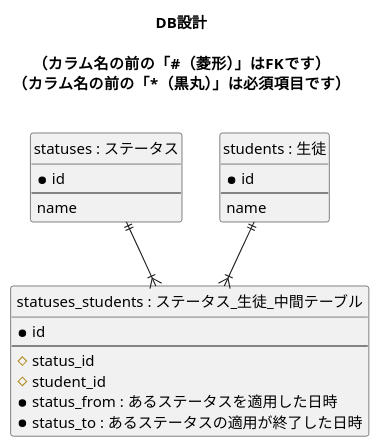
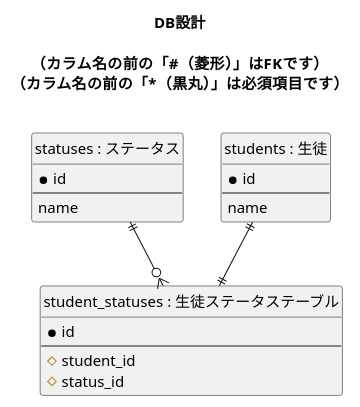
Before and after one commit to praha-inc/praha-challenge-7: the diagram in RSnHzWhxTB705z/works/01_database_design/11_anti_pattern6/er_diagram.puml, drawn with PlantUML. The commit also changed 1 other file, not shown here.

```diff
--- a/RSnHzWhxTB705z/works/01_database_design/11_anti_pattern6/er_diagram.puml
+++ b/RSnHzWhxTB705z/works/01_database_design/11_anti_pattern6/er_diagram.puml
@@ -1,38 +1,36 @@
 @startuml
 
 ' hide the spot
 hide circle
 
 title
 DB設計
 
 （カラム名の前の「#（菱形）」はFKです）
 （カラム名の前の「*（黒丸）」は必須項目です）
 
 endtitle
 
 entity "statuses : ステータス" as statuses {
   *id
   --
   name
 }
 
 entity "students : 生徒" as students {
   *id
   --
   name
 }
 
-entity "statuses_students : ステータス_生徒_中間テーブル" as statuses_students {
+entity "student_statuses : 生徒ステータステーブル" as student_statuses {
   *id
   --
+  #student_id
   #status_id
-  #student_id
-  *status_from : あるステータスを適用した日時
-  *status_to : あるステータスの適用が終了した日時
 }
 
-statuses ||--|{ statuses_students
-students ||--|{ statuses_students
+statuses ||--o{ student_statuses
+students ||--|| student_statuses
 
 @enduml
```
